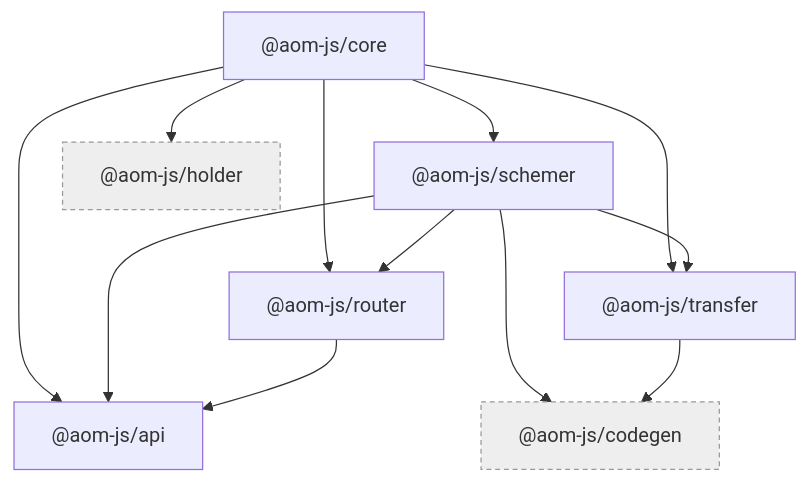
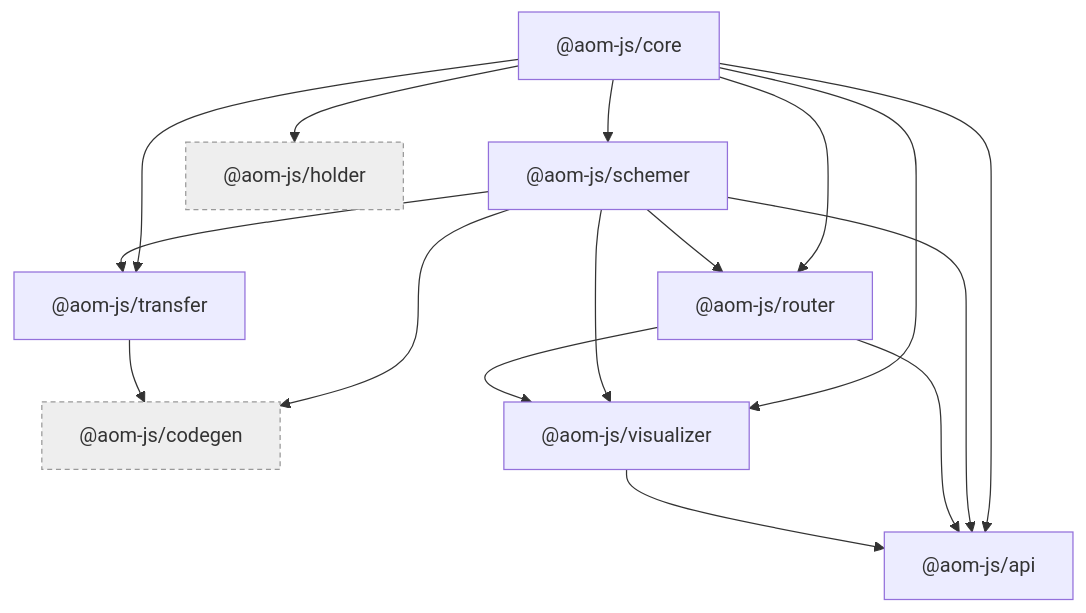
One commit to aom-js/main changed the first of 3 diagrams in docs/architecture.md. Above: the diagram before and after it, drawn with Mermaid. The commit also changed other lines of this file, not shown here.

First line of the commit message:
docs: архитектура ядра — visualizer, ворота сборки, «Как менять ядро» (aom-test-62f.2)

````diff
--- a/docs/architecture.md
+++ b/docs/architecture.md
@@ -24,25 +24,30 @@
 ```mermaid
 graph TD
   core["@aom-js/core"]
   schemer["@aom-js/schemer"]
   router["@aom-js/router"]
   api["@aom-js/api"]
   transfer["@aom-js/transfer"]
   holder["@aom-js/holder"]
   codegen["@aom-js/codegen"]
+  visualizer["@aom-js/visualizer"]
 
   core --> schemer
   core --> router
   core --> transfer
   core --> holder
+  core --> visualizer
   core --> api
   schemer --> router
   schemer --> transfer
+  schemer --> visualizer
   schemer --> api
   schemer --> codegen
   transfer --> codegen
+  router --> visualizer
   router --> api
+  visualizer --> api
 
   classDef unused fill:#eee,stroke:#999,stroke-dasharray:4 3;
   class holder,codegen unused;
 ```
````
